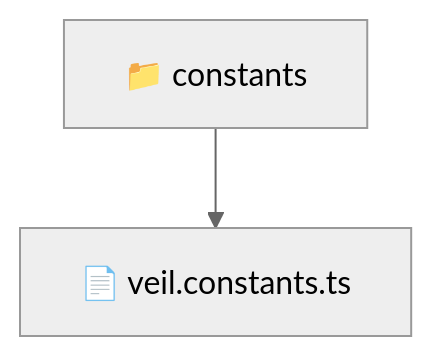
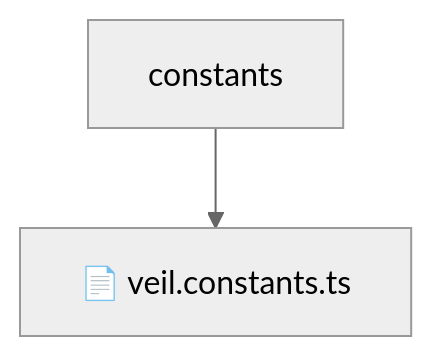
One commit to beginwebdev2002/fullstack-mavluda changed the diagram in frontend/src/entities/veil/constants/README.md. Above: the diagram before and after it, drawn with Mermaid (neutral theme). The commit also changed other lines of this file and 155 other files, not shown here.

````diff
--- a/frontend/src/entities/veil/constants/README.md
+++ b/frontend/src/entities/veil/constants/README.md
@@ -10,5 +14,5 @@
 ```mermaid
 graph TD
-  Root["📁 constants"]
-  Root --> veilconstantsts["📄 veil.constants.ts"]
+    Root[constants]
+    Root --> F0[📄 veil.constants.ts]
 ```
````
